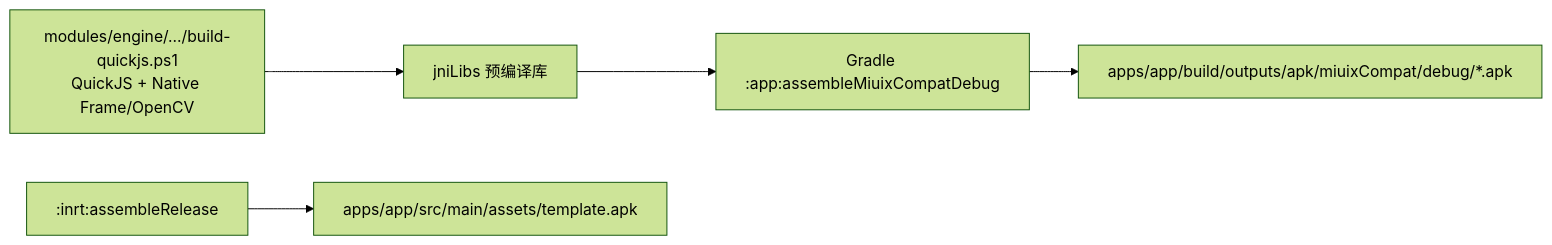
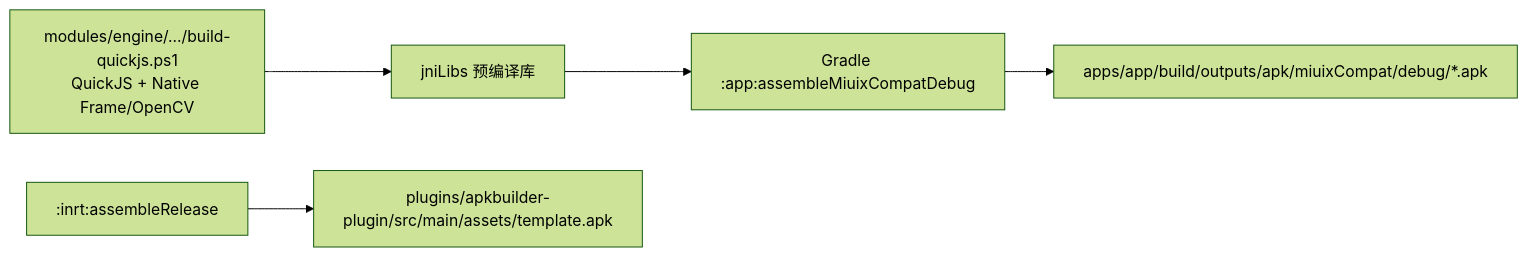
Before and after one commit to Jdkshen/ai.js-pro: the diagram in docs/guides/编译指南.md, drawn with Mermaid (forest theme). The commit also changed other lines of this file and 146 other files, not shown here.

````diff
--- a/docs/guides/编译指南.md
+++ b/docs/guides/编译指南.md
@@ -9,7 +9,7 @@
 ```mermaid
 flowchart LR
     B["modules/engine/.../build-quickjs.ps1<br/>QuickJS + Native Frame/OpenCV"] --> C[jniLibs 预编译库]
     C --> D["Gradle :app:assembleMiuixCompatDebug"]
     D --> E["apps/app/build/outputs/apk/miuixCompat/debug/*.apk"]
-    F[":inrt:assembleRelease"] --> G["apps/app/src/main/assets/template.apk"]
+    F[":inrt:assembleRelease"] --> G["plugins/apkbuilder-plugin/src/main/assets/template.apk"]
 ```
````
